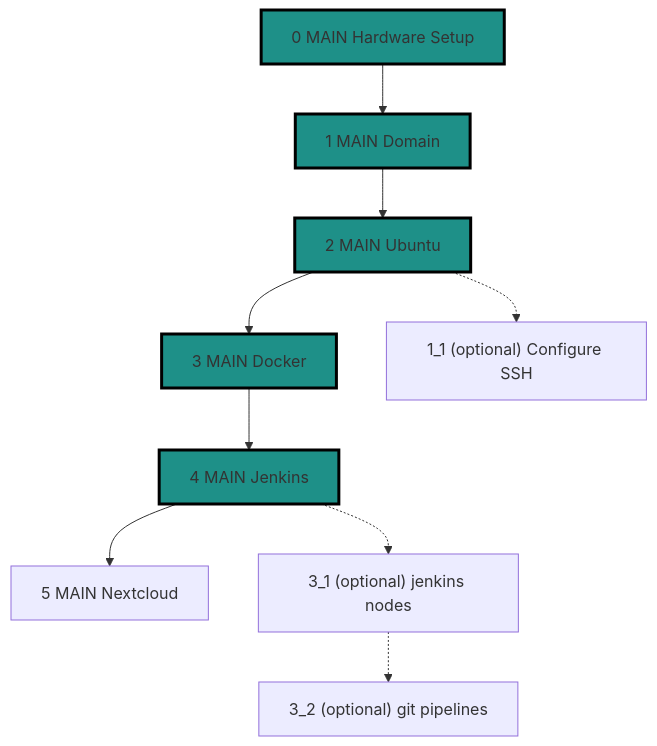
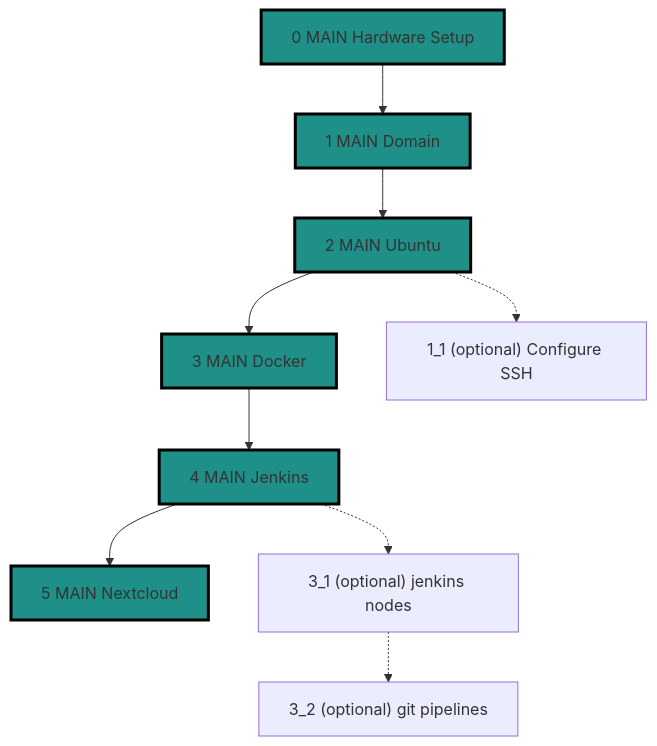
One commit to slreynolds/decentralize-your-internet changed the diagram in README.md. Above: the diagram before and after it, drawn with Mermaid.

Commit message:
fix mermaid really

````diff
--- a/README.md
+++ b/README.md
@@ -2,18 +2,19 @@
 ```mermaid
 flowchart TD
     0["0 MAIN Hardware Setup"] --> 1
     1["1 MAIN Domain"] --> 2
     2["2 MAIN Ubuntu"] --> 3
     3["3 MAIN Docker"] --> 4
     4["4 MAIN Jenkins"] --> 5
     5["5 MAIN Nextcloud"]
     2 -.-> 2_1["1_1 (optional) Configure SSH"]
     4 -.-> 4_1["3_1 (optional) jenkins nodes"]
     4_1 -.-> 4_2["3_2 (optional) git pipelines"]
     
     style 0 fill:#1E9088,stroke:#000,stroke-width:3px
     style 1 fill:#1E9088,stroke:#000,stroke-width:3px
     style 2 fill:#1E9088,stroke:#000,stroke-width:3px
     style 3 fill:#1E9088,stroke:#000,stroke-width:3px
     style 4 fill:#1E9088,stroke:#000,stroke-width:3px
+    style 5 fill:#1E9088,stroke:#000,stroke-width:3px
 ```
````
